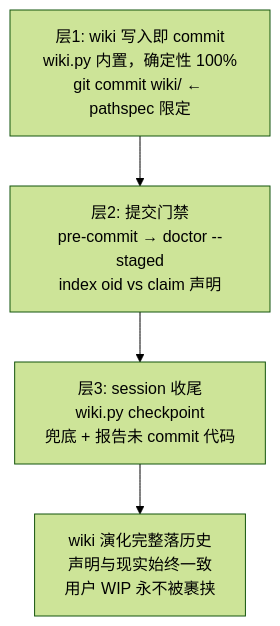
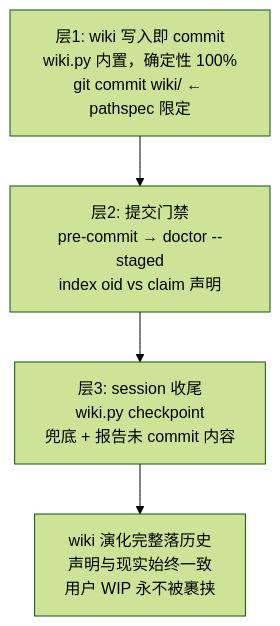
Before and after one commit to BruceChar/mazi: the third of 4 diagrams in docs/runtime/AHF_PROJECT_WIKI.md, drawn with Mermaid (forest theme). The commit also changed other lines of this file and 37 other files, not shown here.

````diff
--- a/docs/runtime/AHF_PROJECT_WIKI.md
+++ b/docs/runtime/AHF_PROJECT_WIKI.md
@@ -287,6 +291,6 @@
 ```mermaid
 flowchart TD
     A["层1: wiki 写入即 commit<br/>wiki.py 内置，确定性 100%<br/>git commit wiki/ ← pathspec 限定"] --> B["层2: 提交门禁<br/>pre-commit → doctor --staged<br/>index oid vs claim 声明"]
-    B --> C["层3: session 收尾<br/>wiki.py checkpoint<br/>兜底 + 报告未 commit 代码"]
+    B --> C["层3: session 收尾<br/>wiki.py checkpoint<br/>兜底 + 报告未 commit 内容"]
     C --> D["wiki 演化完整落历史<br/>声明与现实始终一致<br/>用户 WIP 永不被裹挟"]
 ```
````
